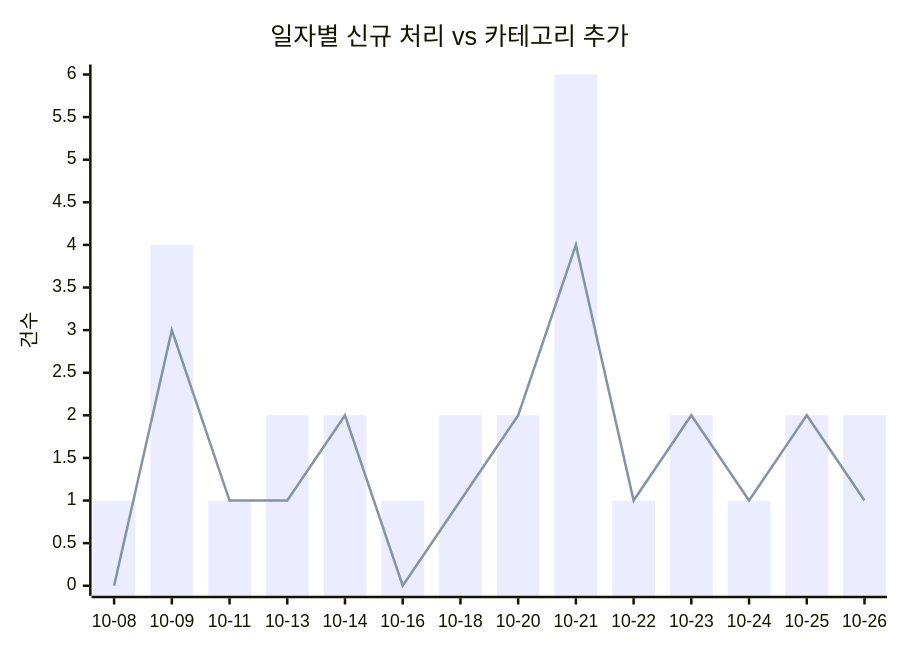
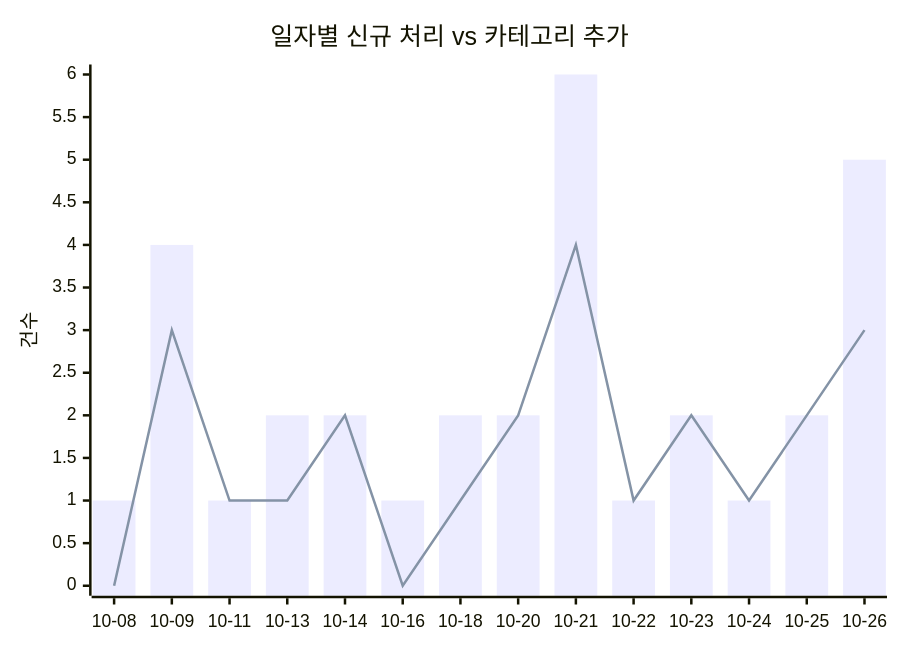
The first of 2 diagrams in docs/trends.md (J-nowcow/awesome-korean-agent-skills), drawn with Mermaid before and after one commit. The commit also changed other lines of this file and 5 other files, not shown here.

````diff
--- a/docs/trends.md
+++ b/docs/trends.md
@@ -32,8 +32,8 @@
 ```mermaid
 xychart-beta
     title "일자별 신규 처리 vs 카테고리 추가"
     x-axis ["10-08","10-09","10-11","10-13","10-14","10-16","10-18","10-20","10-21","10-22","10-23","10-24","10-25","10-26"]
     y-axis "건수"
-    bar [1,4,1,2,2,1,2,2,6,1,2,1,2,2]
-    line [0,3,1,1,2,0,1,2,4,1,2,1,2,1]
+    bar [1,4,1,2,2,1,2,2,6,1,2,1,2,5]
+    line [0,3,1,1,2,0,1,2,4,1,2,1,2,3]
 ```
````
